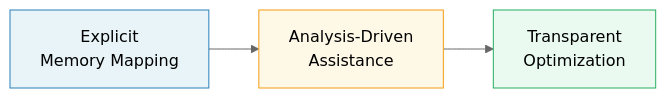
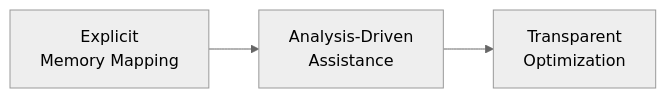
Before and after one commit to FidelityFramework/clef-lang-site: the first of 2 diagrams in hugo/content/docs/design/memory/memory-management-by-choice.md, drawn with Mermaid (neutral theme).

Commit message:
fix mm graph

````diff
--- a/hugo/content/docs/design/memory/memory-management-by-choice.md
+++ b/hugo/content/docs/design/memory/memory-management-by-choice.md
@@ -136,9 +136,6 @@
 ```mermaid
 graph LR
     A[Explicit<br/>Memory Mapping] --> B[Analysis-Driven<br/>Assistance]
     B --> C[Transparent<br/>Optimization]
 
-    style A fill:#e8f4f8,stroke:#2980b9
-    style B fill:#fef9e7,stroke:#f39c12
-    style C fill:#eafaf1,stroke:#27ae60
 ```
````
